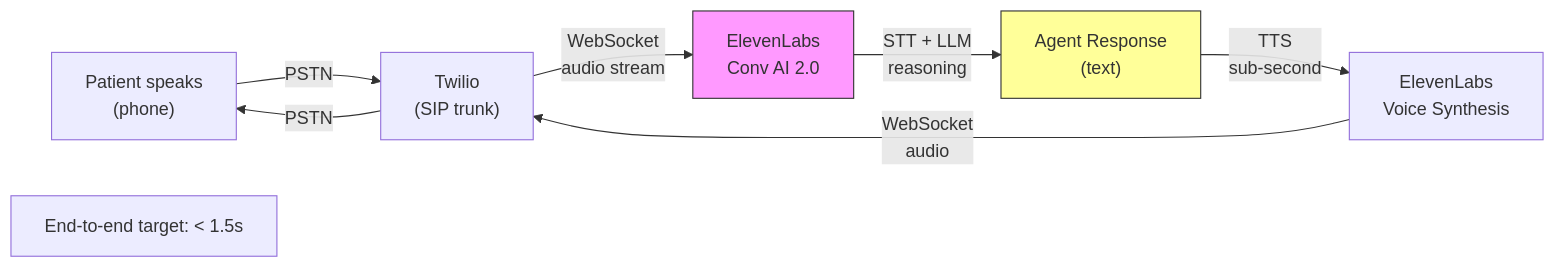
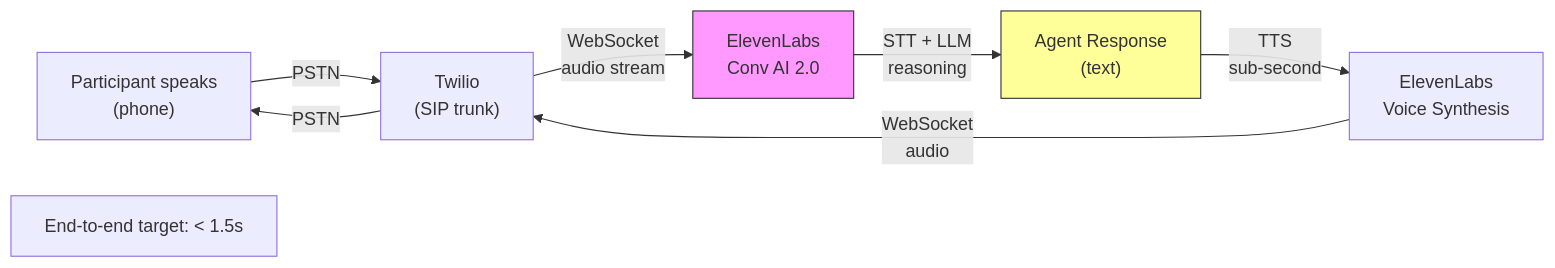
The fifth of 10 diagrams in local_docs/ask_mary_plan.md (wilsonwolf/ask_mary), drawn with Mermaid before and after one commit. The commit also changed other lines of this file and 2 other files, not shown here.

````diff
--- a/local_docs/ask_mary_plan.md
+++ b/local_docs/ask_mary_plan.md
@@ -519,14 +698,14 @@
 ```mermaid
 graph LR
-    A["Patient speaks<br/>(phone)"] -->|PSTN| B["Twilio<br/>(SIP trunk)"]
+    A["Participant speaks<br/>(phone)"] -->|PSTN| B["Twilio<br/>(SIP trunk)"]
     B -->|WebSocket<br/>audio stream| C["ElevenLabs<br/>Conv AI 2.0"]
     C -->|STT + LLM<br/>reasoning| D["Agent Response<br/>(text)"]
     D -->|TTS<br/>sub-second| E["ElevenLabs<br/>Voice Synthesis"]
     E -->|WebSocket<br/>audio| B
     B -->|PSTN| A
 
     style C fill:#f9f,stroke:#333
     style D fill:#ff9,stroke:#333
 
     note1["End-to-end target: < 1.5s"]
 ```
````
